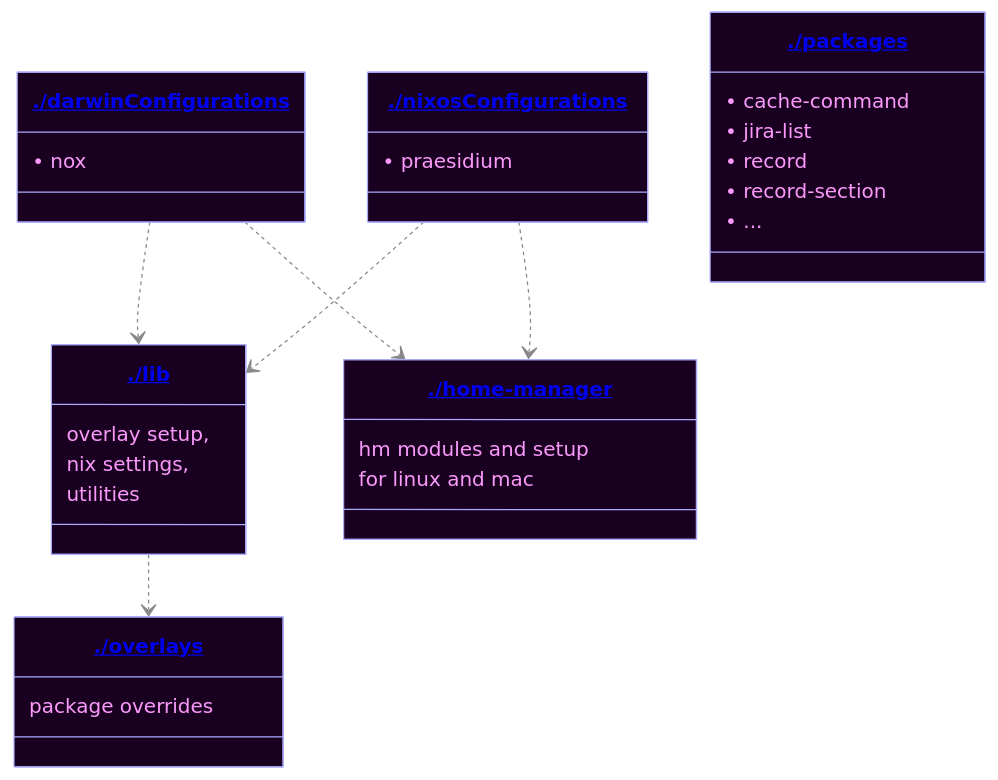
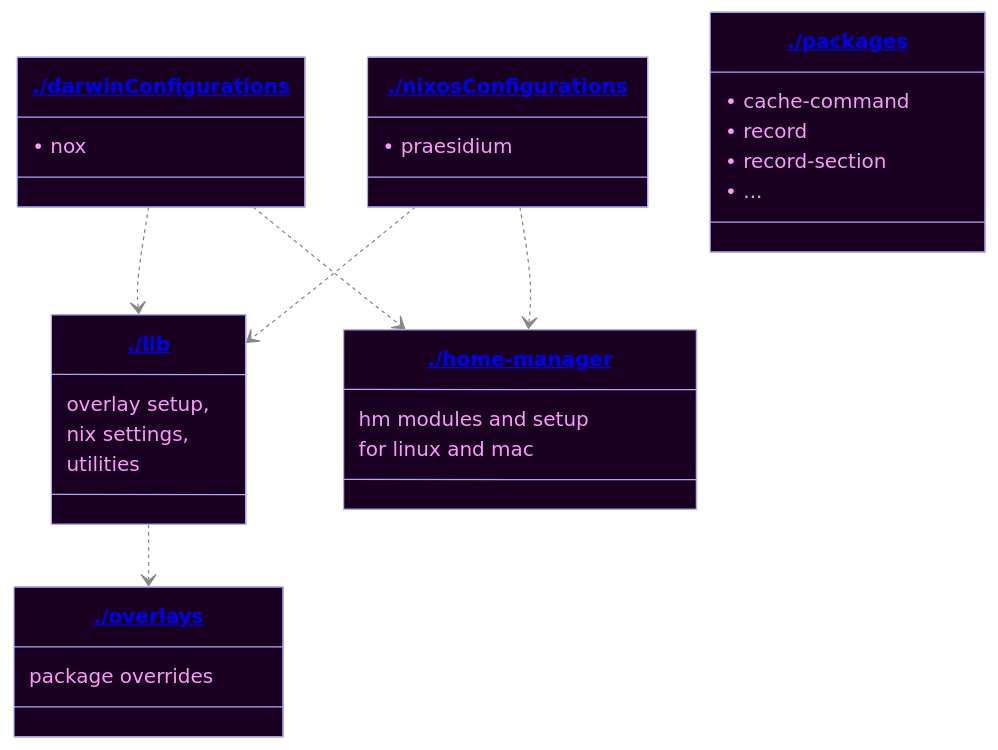
The diagram in README.md (xav-ie/dots), drawn with Mermaid before and after one commit. The commit also changed 4 other files, not shown here.

````diff
--- a/README.md
+++ b/README.md
@@ -10,40 +10,39 @@
 ```mermaid
 ---
 config:
   theme: base
   themeVariables:
     primaryColor: "#1a0020"
     primaryTextColor: "#fa99fa"
     primaryBorderColor: "#aaaafa"
     lineColor: "#888"
     fontFamily: "monospace"
 ---
 classDiagram
     %% Unfortunately, we cannot use relative links and must specify a branch :/
     class lib["<a href='https://github.com/xav-ie/dots/tree/main/lib'>./lib</a>"]
     class darwinConfigurations["<a href='https://github.com/xav-ie/dots/tree/main/darwinConfigurations'>./darwinConfigurations</a>"]
     class home-manager["<a href='https://github.com/xav-ie/dots/tree/main/home-manager'>./home-manager</a>"]
     class nixosConfigurations["<a href='https://github.com/xav-ie/dots/tree/main/nixosConfigurations'>./nixosConfigurations</a>"]
     class overlays["<a href='https://github.com/xav-ie/dots/tree/main/overlays'>./overlays</a>"]
     class packages["<a href='https://github.com/xav-ie/dots/tree/main/packages'>./packages</a>"]
 
     lib: overlay setup,
     lib:  nix settings,
     lib:  utilities
     darwinConfigurations: • nox
     home-manager: hm modules and setup
     home-manager: for linux and mac
     nixosConfigurations: • praesidium
     overlays: package overrides
     packages: • cache-command
-    packages: • jira-list
     packages: • record
     packages: • record-section
     packages: • ...
 
     lib ..> overlays
     darwinConfigurations ..> lib
     darwinConfigurations ..> home-manager
     nixosConfigurations ..> lib
     nixosConfigurations ..> home-manager
 ```
````
